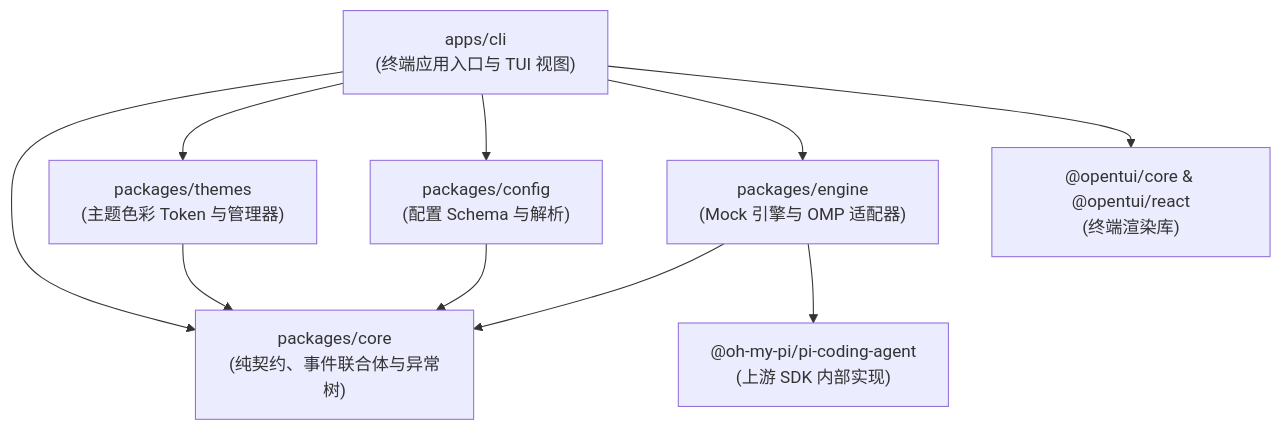
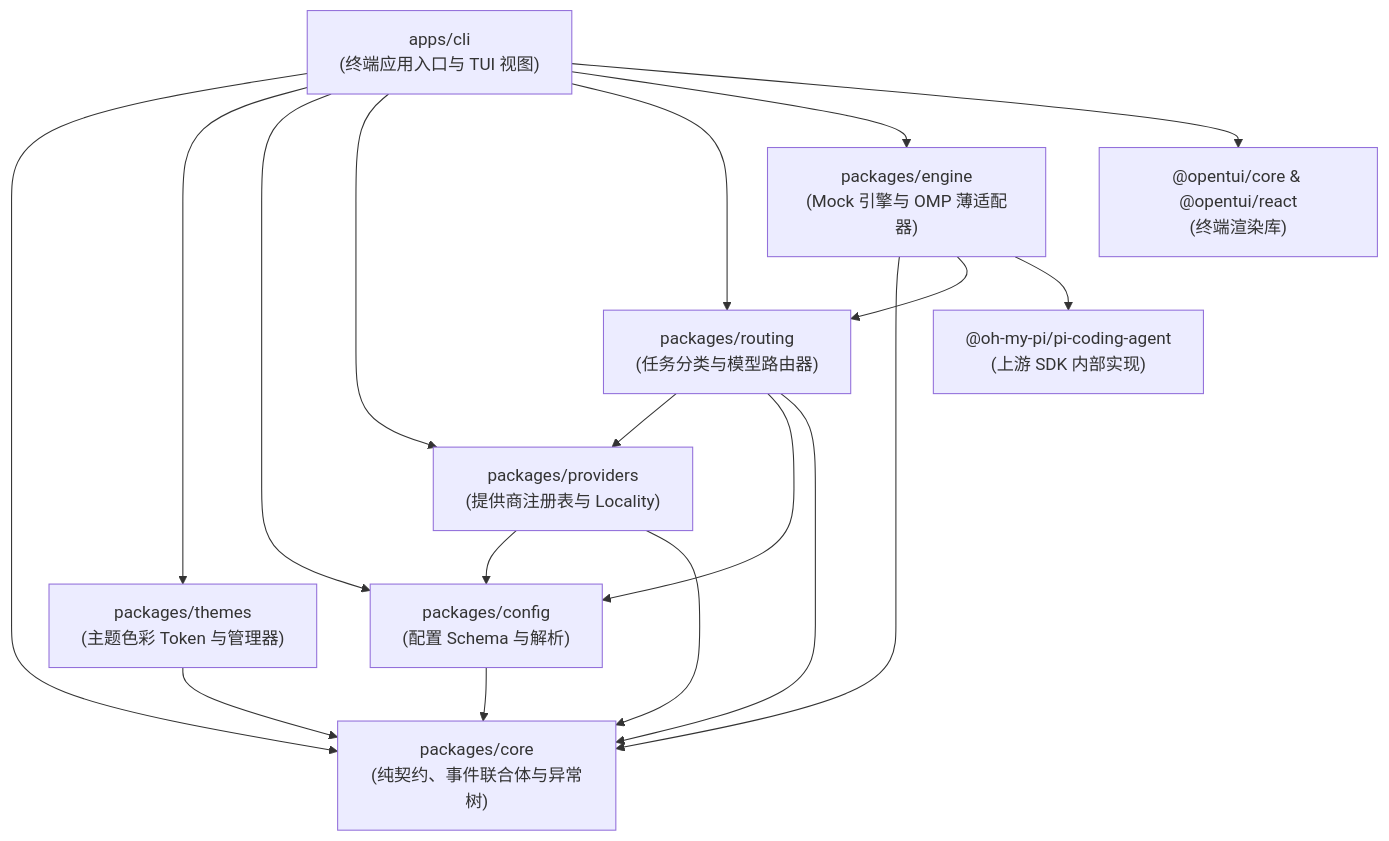
The first of 2 diagrams in docs/ENGINEERING_STANDARDS.md (Aoody743/nightglide-cli), drawn with Mermaid before and after one commit. The commit also changed other lines of this file and 30 other files, not shown here.

````diff
--- a/docs/ENGINEERING_STANDARDS.md
+++ b/docs/ENGINEERING_STANDARDS.md
@@ -30,23 +32,35 @@
 ```mermaid
 flowchart TD
     CLI["apps/cli\n(终端应用入口与 TUI 视图)"]
     Config["packages/config\n(配置 Schema 与解析)"]
     Themes["packages/themes\n(主题色彩 Token 与管理器)"]
-    Engine["packages/engine\n(Mock 引擎与 OMP 适配器)"]
+    Providers["packages/providers\n(提供商注册表与 Locality)"]
+    Routing["packages/routing\n(任务分类与模型路由器)"]
+    Engine["packages/engine\n(Mock 引擎与 OMP 薄适配器)"]
     Core["packages/core\n(纯契约、事件联合体与异常树)"]
     UpstreamOMP["@oh-my-pi/pi-coding-agent\n(上游 SDK 内部实现)"]
     OpenTUI["@opentui/core & @opentui/react\n(终端渲染库)"]
 
     CLI --> Core
     CLI --> Themes
     CLI --> Config
+    CLI --> Providers
+    CLI --> Routing
     CLI --> Engine
     CLI --> OpenTUI
 
+    Routing --> Providers
+    Routing --> Config
+    Routing --> Core
+
+    Providers --> Config
+    Providers --> Core
+
     Engine --> Core
+    Engine --> Routing
     Engine --> UpstreamOMP
 
     Config --> Core
 
     Themes --> Core
 ```
````
